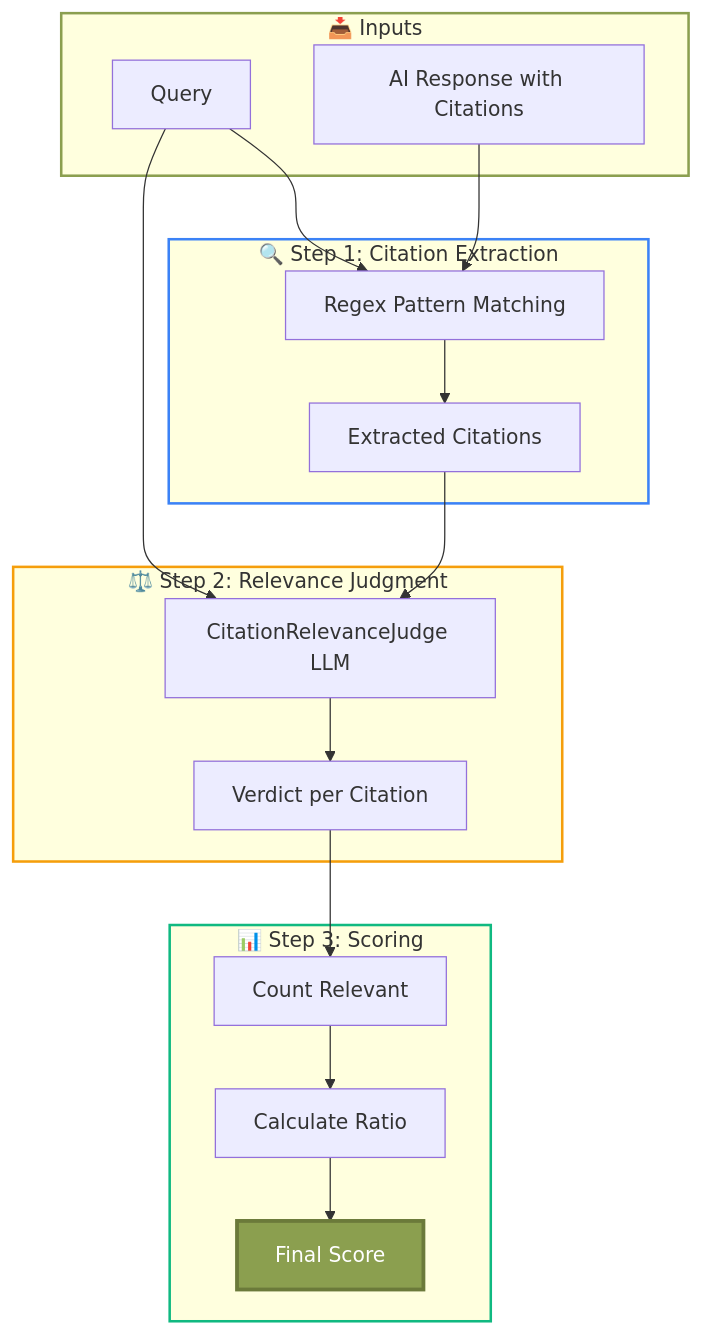
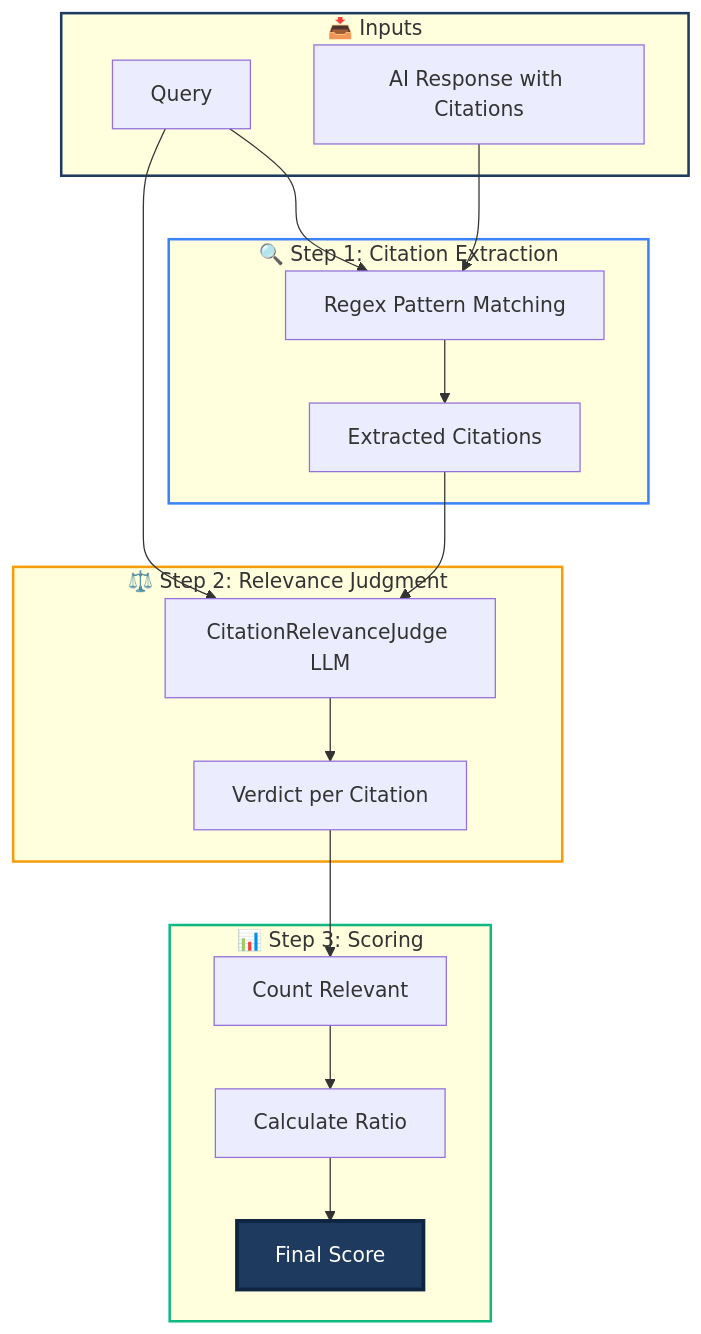
Before and after one commit to ax-foundry/axion: the diagram in docs/metric-registry/composite/citation_relevancy.md, drawn with Mermaid. The commit also changed other lines of this file and 54 other files, not shown here.

````diff
--- a/docs/metric-registry/composite/citation_relevancy.md
+++ b/docs/metric-registry/composite/citation_relevancy.md
@@ -89,38 +89,38 @@
     ```mermaid
     flowchart TD
         subgraph INPUT["📥 Inputs"]
             A[Query]
             B[AI Response with Citations]
         end
 
         subgraph EXTRACT["🔍 Step 1: Citation Extraction"]
             C[Regex Pattern Matching]
             D["Extracted Citations"]
         end
 
         subgraph JUDGE["⚖️ Step 2: Relevance Judgment"]
             E[CitationRelevanceJudge LLM]
             F["Verdict per Citation"]
         end
 
         subgraph SCORE["📊 Step 3: Scoring"]
             G["Count Relevant"]
             H["Calculate Ratio"]
             I["Final Score"]
         end
 
         A & B --> C
         C --> D
         D --> E
         A --> E
         E --> F
         F --> G
         G --> H
         H --> I
 
-        style INPUT stroke:#8B9F4F,stroke-width:2px
+        style INPUT stroke:#1E3A5F,stroke-width:2px
         style EXTRACT stroke:#3b82f6,stroke-width:2px
         style JUDGE stroke:#f59e0b,stroke-width:2px
         style SCORE stroke:#10b981,stroke-width:2px
-        style I fill:#8B9F4F,stroke:#6B7A3A,stroke-width:3px,color:#fff
+        style I fill:#1E3A5F,stroke:#0F2440,stroke-width:3px,color:#fff
     ```
````
